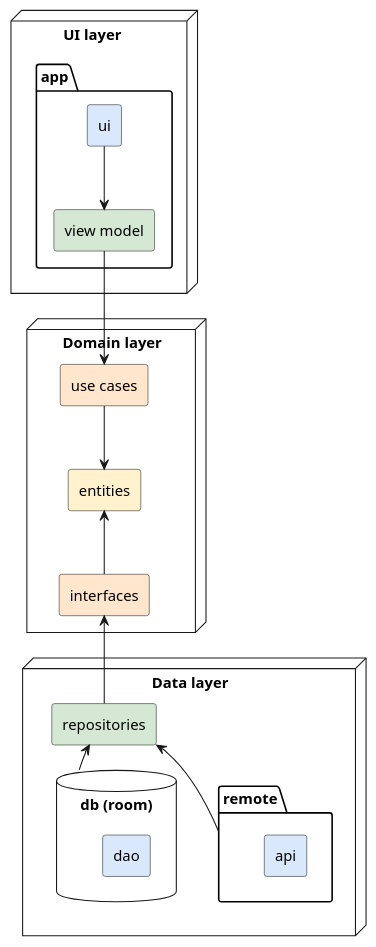
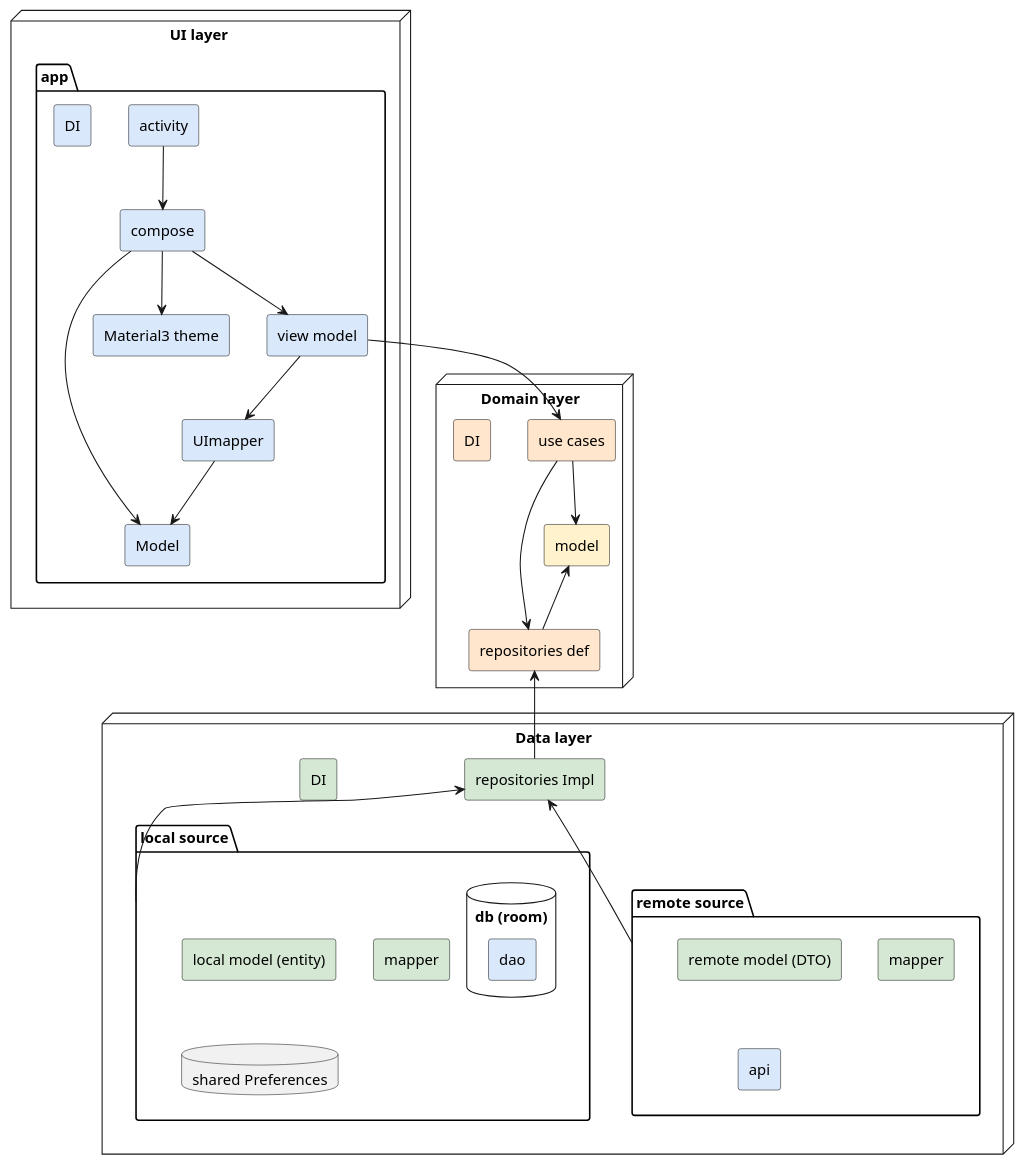
The diagram in docs/diagrams/architecture.puml (miguelhincapie/GitHubExplorer), drawn with PlantUML before and after one commit.

Commit message:
Architecture diagram updated

```diff
--- a/docs/diagrams/architecture.puml
+++ b/docs/diagrams/architecture.puml
@@ -1,34 +1,52 @@
 @startuml
 node "UI layer    " {
     package "app" {
-        rectangle "ui" as ui #DAE8FC
-        rectangle "view model" as viewmodel #D5E8D4
+        rectangle "activity" as activity #DAE8FC
+        rectangle "compose" as compose #DAE8FC
+        rectangle "UImapper" as uimapper #DAE8FC
+        rectangle "Model" as uimodel #DAE8FC
+        rectangle "Material3 theme" as theme #DAE8FC
+        rectangle "DI" as uiDI #DAE8FC
+        rectangle "view model" as viewmodel #DAE8FC
     }
 }
 
 node "Domain layer" as domainlayer{
     rectangle "use cases" as usecases #FFE6CC
-    rectangle "entities" as entities #FFF2CC
-    rectangle "interfaces" as interfaces #FFE6CC
+    rectangle "DI" as domainDi #FFE6CC
+    rectangle "model" as model #FFF2CC
+    rectangle "repositories def" as repoDef #FFE6CC
 }
 
 node "Data layer" as datalayer {
-    rectangle "repositories" as repositories #D5E8D4
-    database "db (room)" as db {
-        rectangle "dao" as dao #DAE8FC
-
+    rectangle "repositories Impl" as repoImpl #D5E8D4
+    rectangle "DI" as dataDI #D5E8D4
+    package "local source" as local_source {
+        rectangle "local model (entity)" as data_local_model #D5E8D4
+        rectangle "mapper" as data_local_mapper #D5E8D4
+        database "db (room)" as db {
+            rectangle "dao" as dao #DAE8FC
+        }
+        database "shared Preferences" as sharedPreferences
     }
-    package "remote" as remote {
+    package "remote source" as remote_source {
+        rectangle "remote model (DTO)" as data_remote_model #D5E8D4
+        rectangle "mapper" as dataMapper #D5E8D4
         rectangle "api" as api #DAE8FC
-
     }
 }
 
-ui --> viewmodel
+activity --> compose
+compose --> theme
+compose --> uimodel
+compose --> viewmodel
+viewmodel --> uimapper
+uimapper --> uimodel
 viewmodel --> usecases
-usecases --> entities
-interfaces -up-> entities
-repositories -up-> interfaces
-remote -up-> repositories
-db -up-> repositories
+usecases --> model
+usecases --> repoDef
+repoDef -up-> model
+repoImpl -up-> repoDef
+remote_source -up-> repoImpl
+local_source -up-> repoImpl
 @enduml
```
